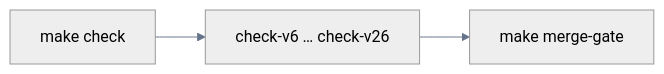
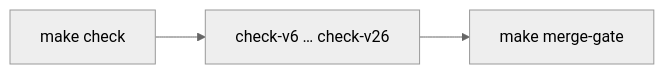
The second of 6 diagrams in README.md (spektre-labs/creation-os), drawn with Mermaid before and after one commit. The commit also changed other lines of this file and 3 other files, not shown here.

First line of the commit message:
docs: README navigation, claim hygiene, Mermaid neutral theme

````diff
--- a/README.md
+++ b/README.md
@@ -84,6 +85,6 @@
 ```mermaid
-%%{init: {'theme':'neutral', 'themeVariables': {'primaryColor':'#e2e8f0','primaryTextColor':'#0f172a','lineColor':'#64748b'}}}%%
+%%{init: {'theme':'neutral'}}%%
 flowchart LR
   C["make check"] --> M["check-v6 … check-v26"]
   M --> G["make merge-gate"]
 ```
````
